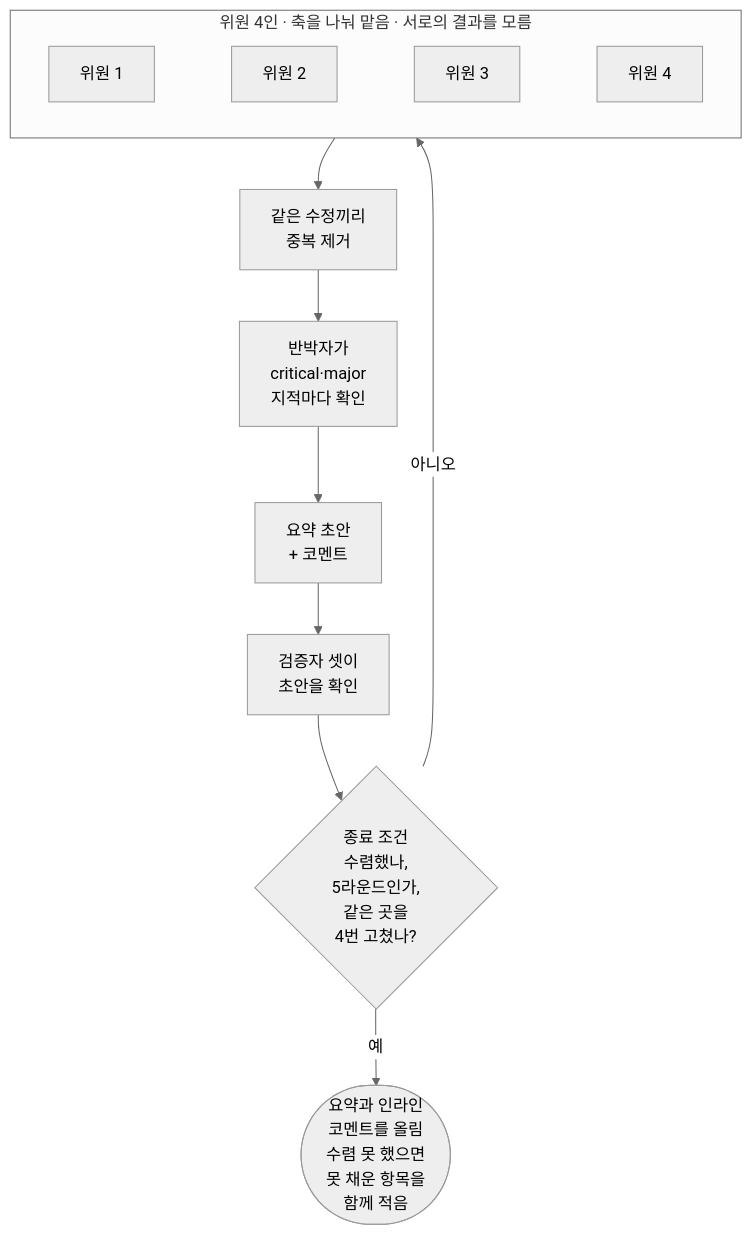
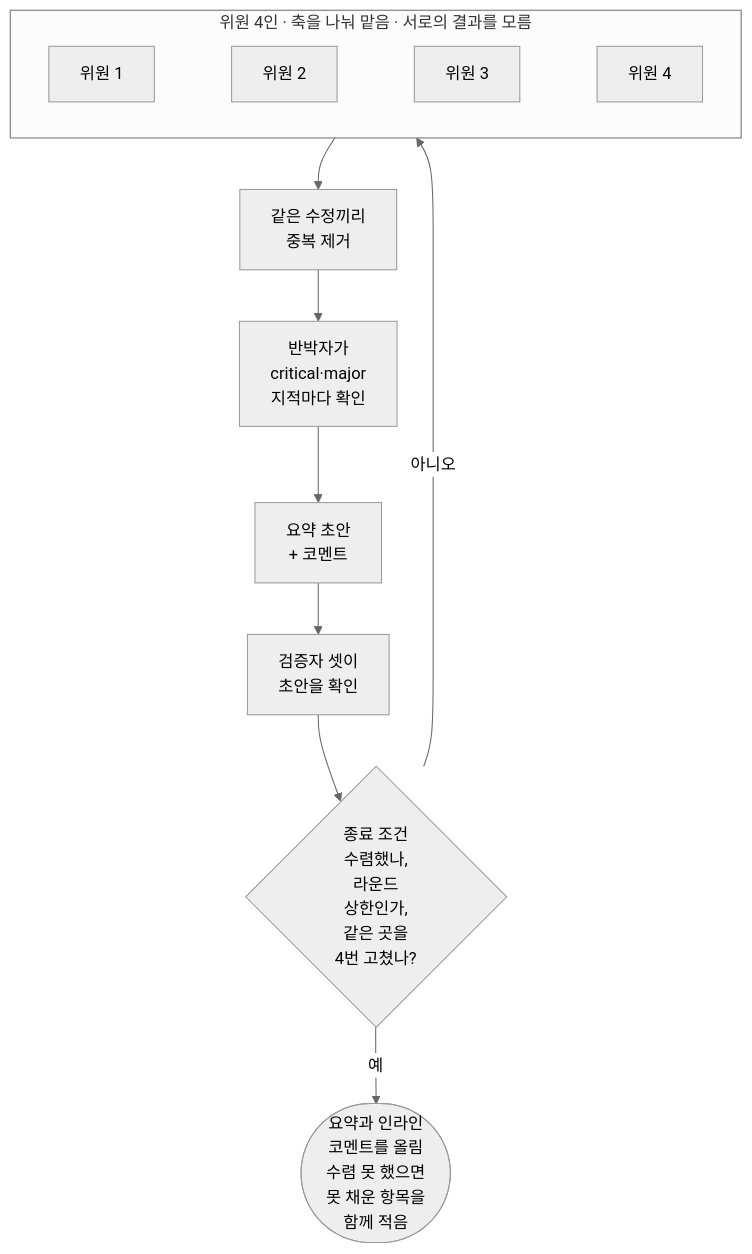
One commit to thswlsqls/pr-quorum changed the first of 5 diagrams in README.ko.md. Above: the diagram before and after it, drawn with Mermaid (neutral theme). The commit also changed other lines of this file and 1 other file, not shown here.

````diff
--- a/README.ko.md
+++ b/README.ko.md
@@ -82,14 +30,14 @@
 ```mermaid
 flowchart TD
   subgraph J["위원 4인 · 축을 나눠 맡음 · 서로의 결과를 모름"]
     direction LR
     J1[위원 1] ~~~ J2[위원 2] ~~~ J3[위원 3] ~~~ J4[위원 4]
   end
   J --> D["같은 수정끼리<br/>중복 제거"]
   D --> C["반박자가<br/>critical·major<br/>지적마다 확인"]
   C --> DR["요약 초안<br/>+ 코멘트"]
   DR --> V["검증자 셋이<br/>초안을 확인"]
-  V --> X{"종료 조건<br/>수렴했나,<br/>5라운드인가,<br/>같은 곳을<br/>4번 고쳤나?"}
+  V --> X{"종료 조건<br/>수렴했나,<br/>라운드<br/>상한인가,<br/>같은 곳을<br/>4번 고쳤나?"}
   X -- "아니오" --> J
   X -- "예" --> P(["요약과 인라인<br/>코멘트를 올림<br/>수렴 못 했으면<br/>못 채운 항목을<br/>함께 적음"])
 ```
````
